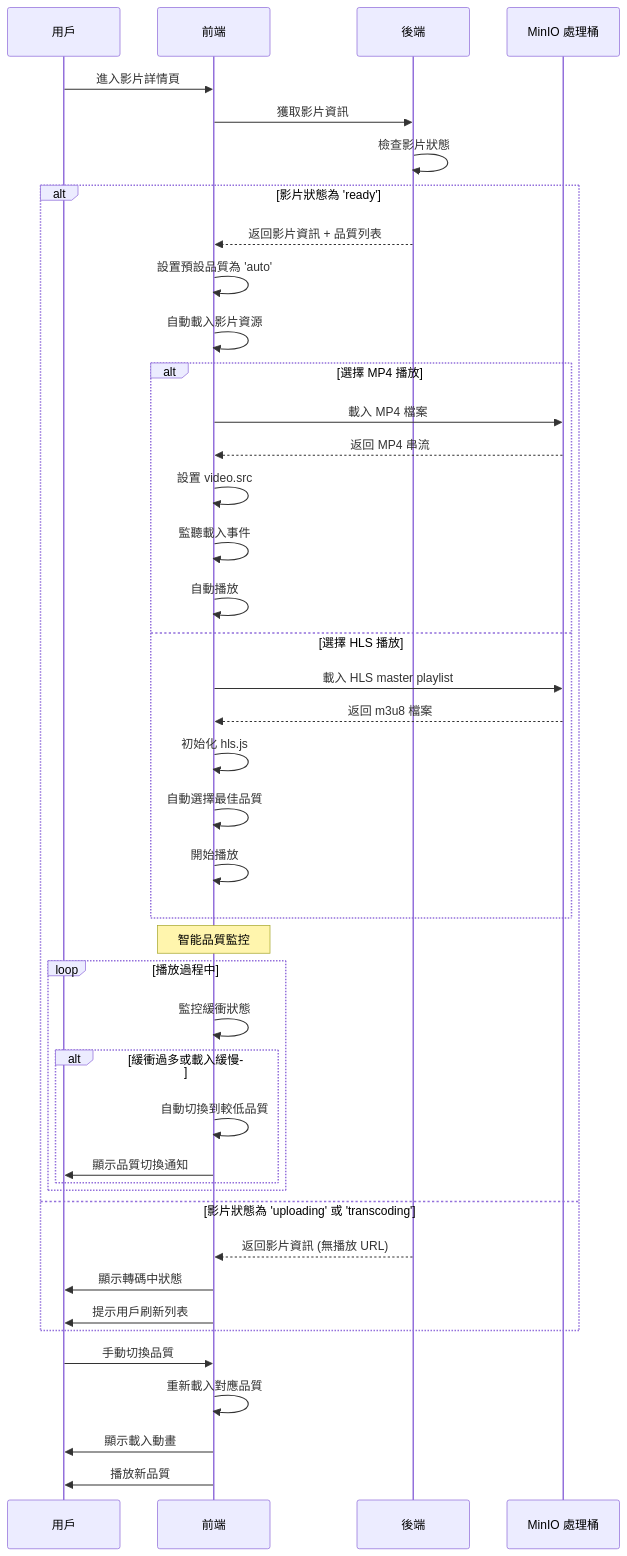
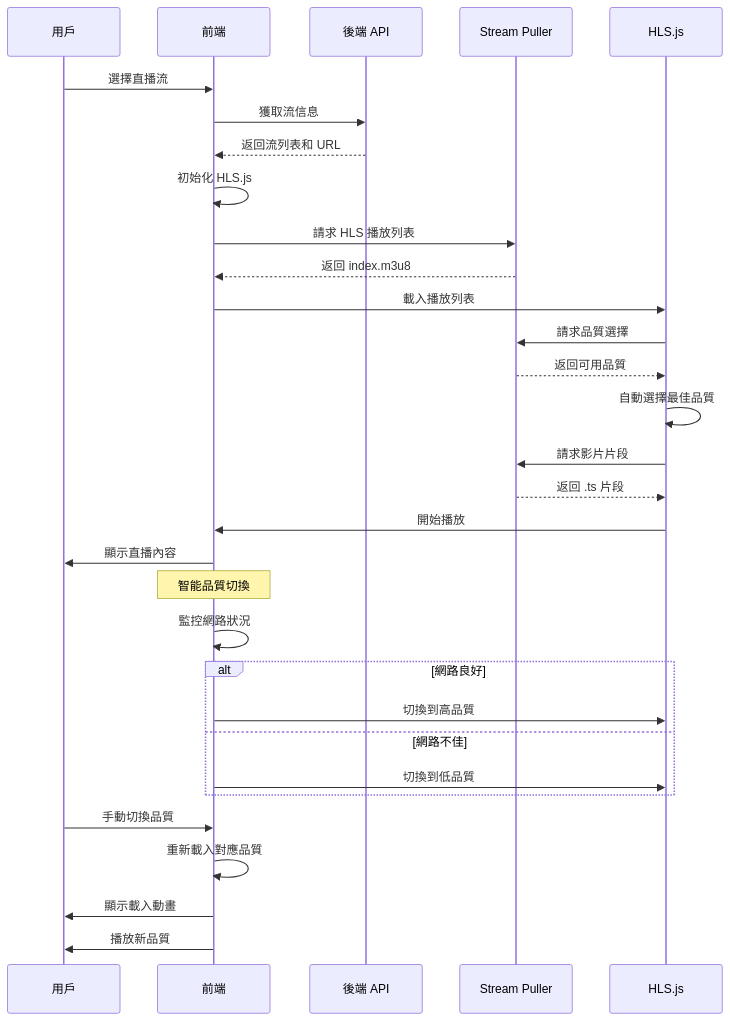
The third of 3 diagrams in README.md (mike504110403/stream-demo), drawn with Mermaid before and after one commit. The commit also changed other lines of this file and 27 other files, not shown here.

````diff
--- a/README.md
+++ b/README.md
@@ -720,49 +148,40 @@
 ```mermaid
 sequenceDiagram
     participant U as 用戶
     participant FE as 前端
-    participant BE as 後端
-    participant MINIO_PROC as MinIO 處理桶
+    participant BE as 後端 API
+    participant SP as Stream Puller
+    participant HLS as HLS.js
     
-    U->>FE: 進入影片詳情頁
-    FE->>BE: 獲取影片資訊
-    BE->>BE: 檢查影片狀態
-    alt 影片狀態為 'ready'
-        BE-->>FE: 返回影片資訊 + 品質列表
-        FE->>FE: 設置預設品質為 'auto'
-        FE->>FE: 自動載入影片資源
-        
-        alt 選擇 MP4 播放
-            FE->>MINIO_PROC: 載入 MP4 檔案
-            MINIO_PROC-->>FE: 返回 MP4 串流
-            FE->>FE: 設置 video.src
-            FE->>FE: 監聽載入事件
-            FE->>FE: 自動播放
-        else 選擇 HLS 播放
-            FE->>MINIO_PROC: 載入 HLS master playlist
-            MINIO_PROC-->>FE: 返回 m3u8 檔案
-            FE->>FE: 初始化 hls.js
-            FE->>FE: 自動選擇最佳品質
-            FE->>FE: 開始播放
-        end
-        
-        Note over FE: 智能品質監控
-        loop 播放過程中
-            FE->>FE: 監控緩衝狀態
-            alt 緩衝過多或載入緩慢
-                FE->>FE: 自動切換到較低品質
-                FE->>U: 顯示品質切換通知
-            end
-        end
-        
-    else 影片狀態為 'uploading' 或 'transcoding'
-        BE-->>FE: 返回影片資訊 (無播放 URL)
-        FE->>U: 顯示轉碼中狀態
-        FE->>U: 提示用戶刷新列表
+    U->>FE: 選擇直播流
+    FE->>BE: 獲取流信息
+    BE-->>FE: 返回流列表和 URL
+    
+    FE->>FE: 初始化 HLS.js
+    FE->>SP: 請求 HLS 播放列表
+    SP-->>FE: 返回 index.m3u8
+    
+    FE->>HLS: 載入播放列表
+    HLS->>SP: 請求品質選擇
+    SP-->>HLS: 返回可用品質
+    
+    HLS->>HLS: 自動選擇最佳品質
+    HLS->>SP: 請求影片片段
+    SP-->>HLS: 返回 .ts 片段
+    
+    HLS->>FE: 開始播放
+    FE->>U: 顯示直播內容
+    
+    Note over FE: 智能品質切換
+    FE->>FE: 監控網路狀況
+    alt 網路良好
+        FE->>HLS: 切換到高品質
+    else 網路不佳
+        FE->>HLS: 切換到低品質
     end
     
     U->>FE: 手動切換品質
     FE->>FE: 重新載入對應品質
     FE->>U: 顯示載入動畫
     FE->>U: 播放新品質
 ```
````
